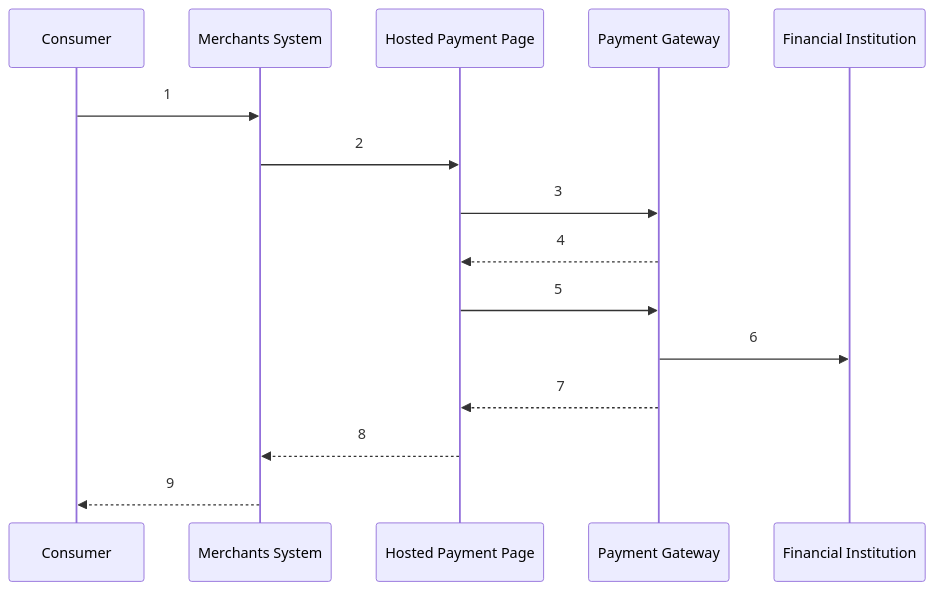
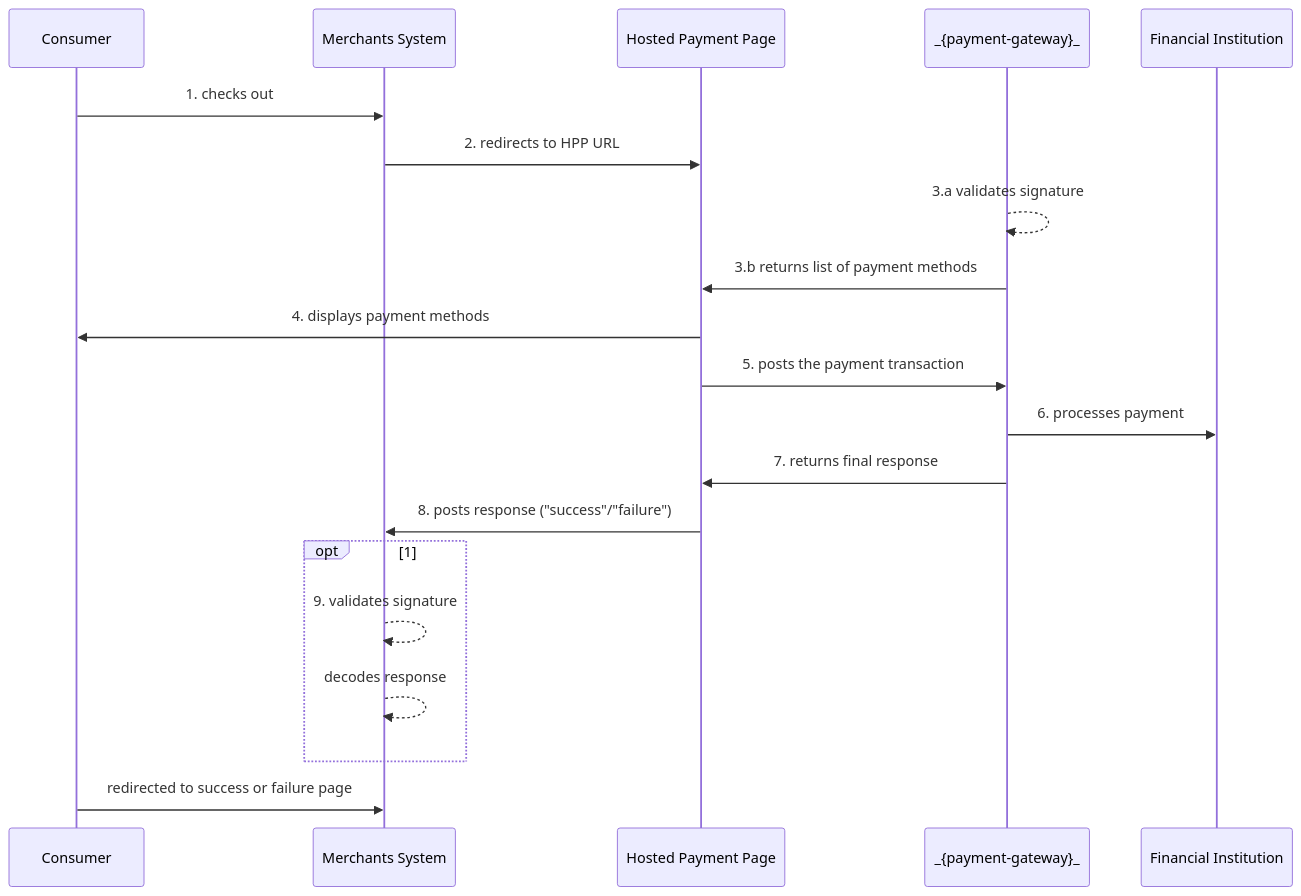
One commit to wirecard/merchant-documentation-gateway changed the diagram in 03-02-01-01-pp-hosted-payment-page-workflow.adoc. Above: the diagram before and after it, drawn with Mermaid.

Commit message:
Update Mermaid Diagrams

```diff
--- a/03-02-01-01-pp-hosted-payment-page-workflow.adoc
+++ b/03-02-01-01-pp-hosted-payment-page-workflow.adoc
@@ -13,18 +13,23 @@
 [mermaid,PP_HPP_Workflow,svg,subs=attributes+]
 ----
 sequenceDiagram
     participant A as Consumer
     participant B as Merchants System
     participant C as Hosted Payment Page
-    participant D as Payment Gateway
+    participant D as _{payment-gateway}_
     participant E as Financial Institution
-        A ->> B: 1
-        B ->> C: 2
-        C ->> D: 3
-	    D -->> C: 4
-        C ->> D: 5
-        D ->> E: 6
-        D -->> C: 7
-        C -->> B: 8
-        B -->> A: 9
+        A ->> B: 1. checks out
+        B ->> C: 2. redirects to HPP URL
+        D -->> D: 3.a validates signature
+	      D ->> C: 3.b returns list of payment methods
+        C ->> A: 4. displays payment methods
+        C ->> D: 5. posts the payment transaction
+        D ->> E: 6. processes payment
+        D ->> C: 7. returns final response
+        C ->> B: 8. posts response ("success"/"failure")
+        opt 1
+        B -->> B: 9. validates signature
+        B -->> B: decodes response
+        end
+        A ->> B: redirected to success or failure page
 ----
```
